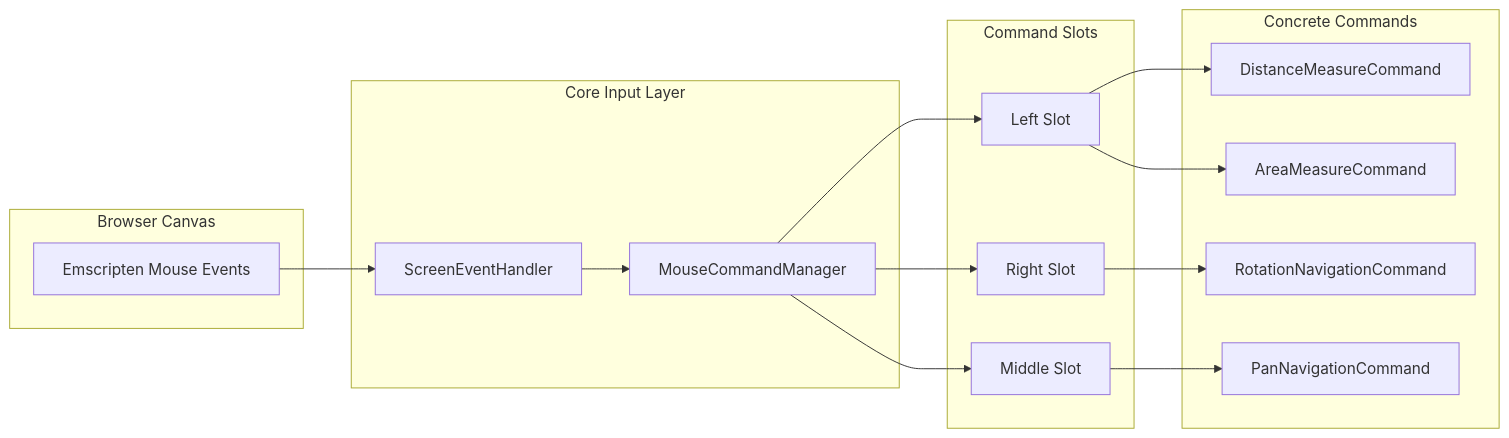
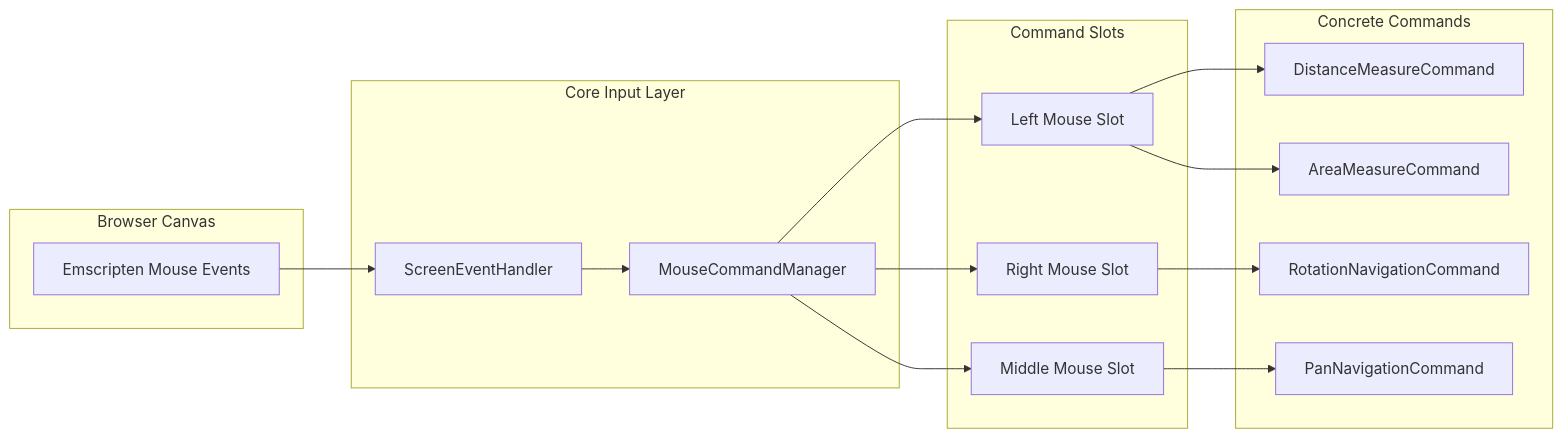
The first of 2 diagrams in GraphV3.md (vfa-khaidt1/vfa-cdn), drawn with Mermaid before and after one commit.

Commit message:
Rename command slots for clarity

````diff
--- a/GraphV3.md
+++ b/GraphV3.md
@@ -1,35 +1,35 @@
 ```mermaid
 flowchart LR
     subgraph Input["Browser Canvas"]
         Raw["Emscripten Mouse Events"]
     end
 
     Raw --> Router["ScreenEventHandler"]
 
     subgraph Core["Core Input Layer"]
         Router --> CM["MouseCommandManager"]
     end
 
     subgraph Slots["Command Slots"]
-        LSlot["Left Slot"]
-        RSlot["Right Slot"]
-        MSlot["Middle Slot"]
+        LSlot["Left Mouse Slot"]
+        RSlot["Right Mouse Slot"]
+        MSlot["Middle Mouse Slot"]
     end
 
     CM --> LSlot
     CM --> RSlot
     CM --> MSlot
 
     subgraph Commands["Concrete Commands"]
         DMC["DistanceMeasureCommand"]
         RNC["RotationNavigationCommand"]
         AMC["AreaMeasureCommand"]
         PNC["PanNavigationCommand"]
     end
 
     LSlot --> DMC
     RSlot --> RNC
     MSlot --> PNC
     LSlot --> AMC
 
 ```
````
